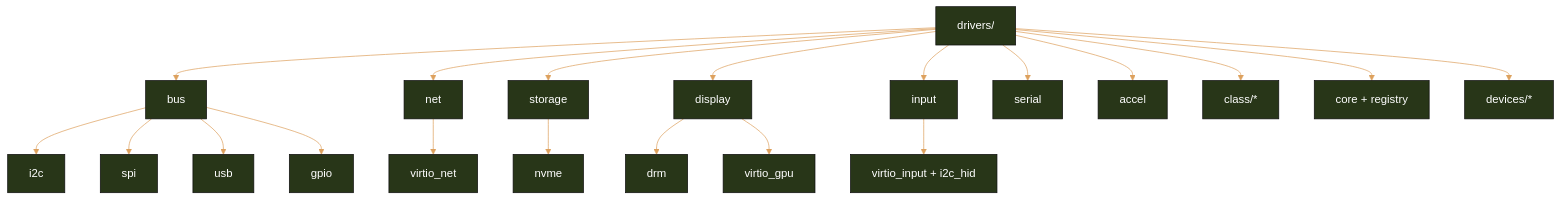
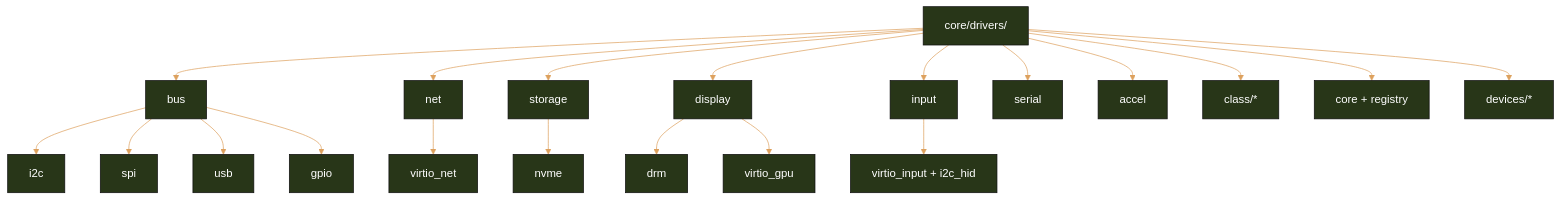
One commit to CloudCarpentry/Bharat-OS changed the diagram in docs/architecture/components/drivers-subcomponents-architecture.md. Above: the diagram before and after it, drawn with Mermaid. The commit also changed other lines of this file and 2757 other files, not shown here.

````diff
--- a/docs/architecture/components/drivers-subcomponents-architecture.md
+++ b/docs/architecture/components/drivers-subcomponents-architecture.md
@@ -7,24 +19,24 @@
 ```mermaid
 %%{init: {'theme':'base','themeVariables':{'primaryColor':'#283618','primaryTextColor':'#ffffff','lineColor':'#dda15e','fontFamily':'Inter'}}}%%
 graph TD
-    D[drivers/] --> BUS[bus]
+    D[core/drivers/] --> BUS[bus]
     D --> NET[net]
     D --> STORAGE[storage]
     D --> DISPLAY[display]
     D --> INPUT[input]
     D --> SERIAL[serial]
     D --> ACCEL[accel]
     D --> CLASS[class/*]
     D --> CORE[core + registry]
     D --> DEVICES[devices/*]
 
     BUS --> I2C[i2c]
     BUS --> SPI[spi]
     BUS --> USB[usb]
     BUS --> GPIO[gpio]
     NET --> VNET[virtio_net]
     STORAGE --> NVME[nvme]
     DISPLAY --> DRM[drm]
     DISPLAY --> VGPU[virtio_gpu]
     INPUT --> VIHID[virtio_input + i2c_hid]
 ```
````
